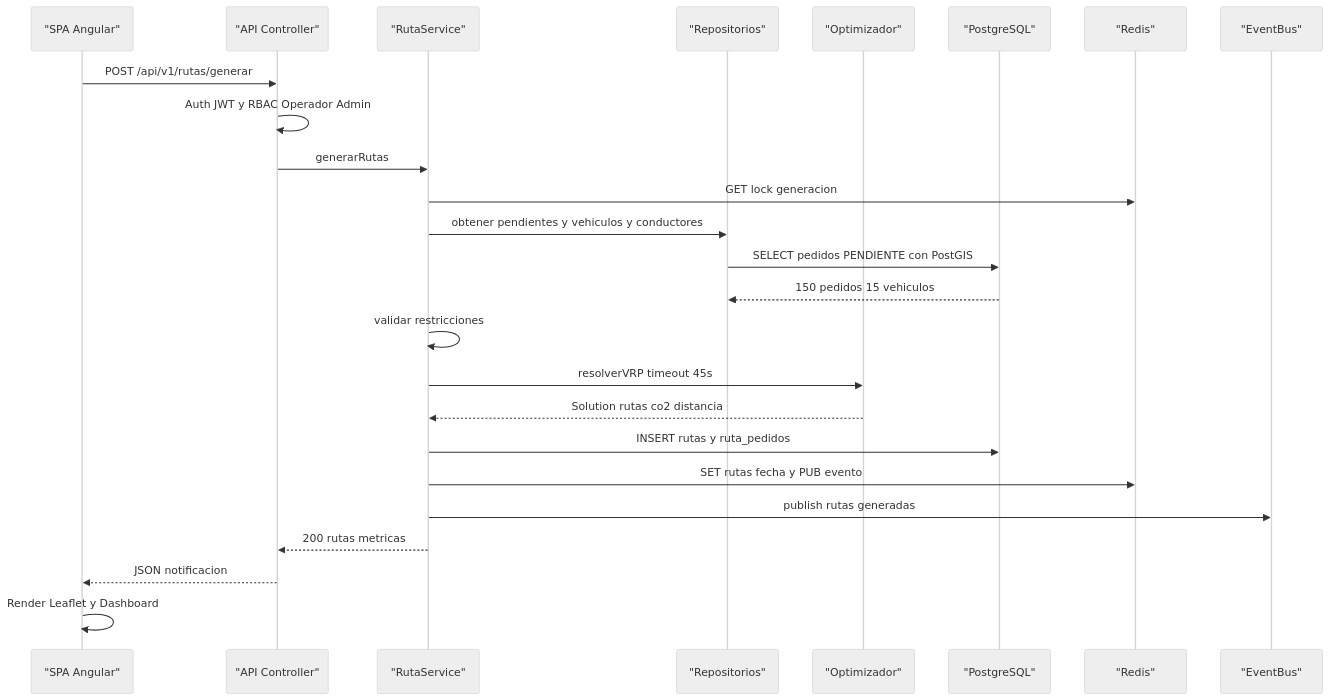
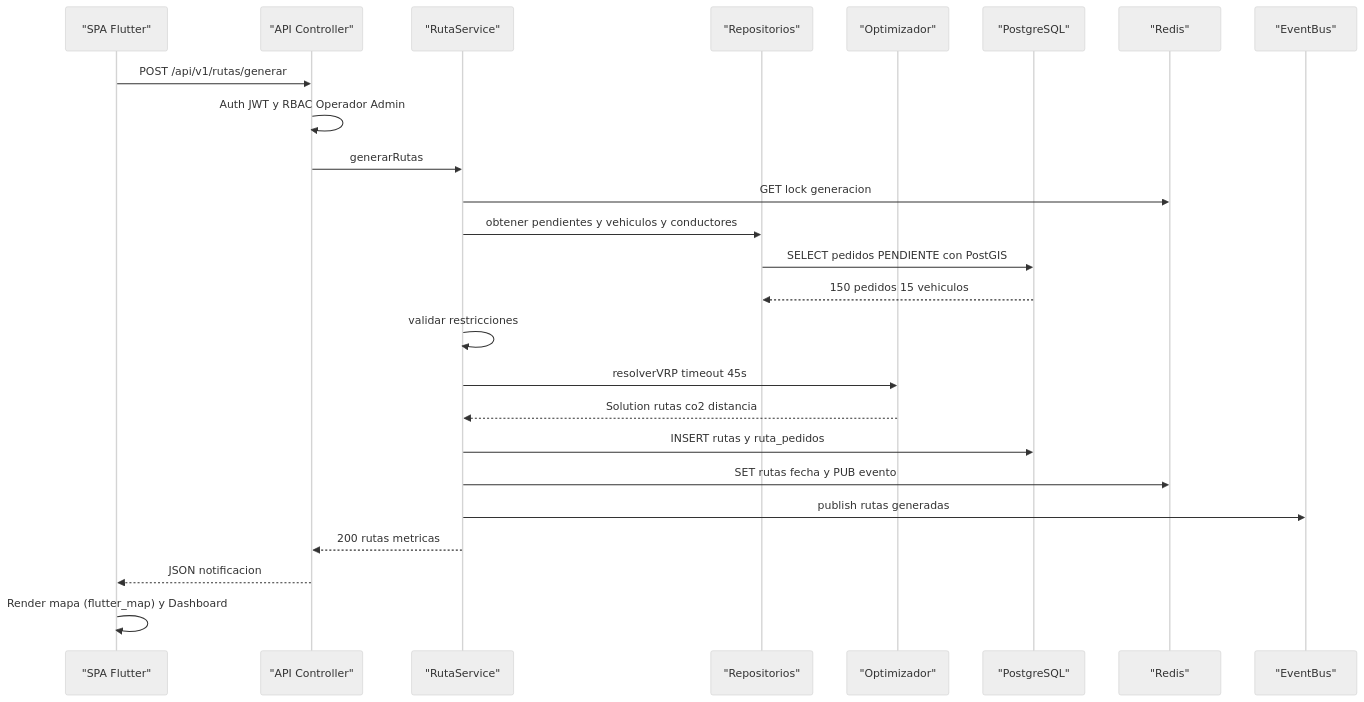
The fifth of 7 diagrams in docs/01 Inicio/12. Modelo C4 V_1_1_0.md (UmbraFlare-code/PathSeek), drawn with Mermaid (neutral theme) before and after one commit. The commit also changed other lines of this file and 8 other files, not shown here.

First line of the commit message:
docs: cambiar stack frontend de Angular a Flutter (Dart)

````diff
--- a/docs/01 Inicio/12. Modelo C4 V_1_1_0.md
+++ b/docs/01 Inicio/12. Modelo C4 V_1_1_0.md
@@ -196,28 +196,28 @@
 ```mermaid
 sequenceDiagram
-    participant SPA as "SPA Angular"
+    participant SPA as "SPA Flutter"
     participant API as "API Controller"
     participant SVC as "RutaService"
     participant REPO as "Repositorios"
     participant OPTIM as "Optimizador"
     participant DB as "PostgreSQL"
     participant CACHE as "Redis"
     participant EVT as "EventBus"
 
     SPA->>API: POST /api/v1/rutas/generar
     API->>API: Auth JWT y RBAC Operador Admin
     API->>SVC: generarRutas
     SVC->>CACHE: GET lock generacion
     SVC->>REPO: obtener pendientes y vehiculos y conductores
     REPO->>DB: SELECT pedidos PENDIENTE con PostGIS
     DB-->>REPO: 150 pedidos 15 vehiculos
     SVC->>SVC: validar restricciones
     SVC->>OPTIM: resolverVRP timeout 45s
     OPTIM-->>SVC: Solution rutas co2 distancia
     SVC->>DB: INSERT rutas y ruta_pedidos
     SVC->>CACHE: SET rutas fecha y PUB evento
     SVC->>EVT: publish rutas generadas
     SVC-->>API: 200 rutas metricas
     API-->>SPA: JSON notificacion
-    SPA->>SPA: Render Leaflet y Dashboard
+    SPA->>SPA: Render mapa (flutter_map) y Dashboard
 ```
````
